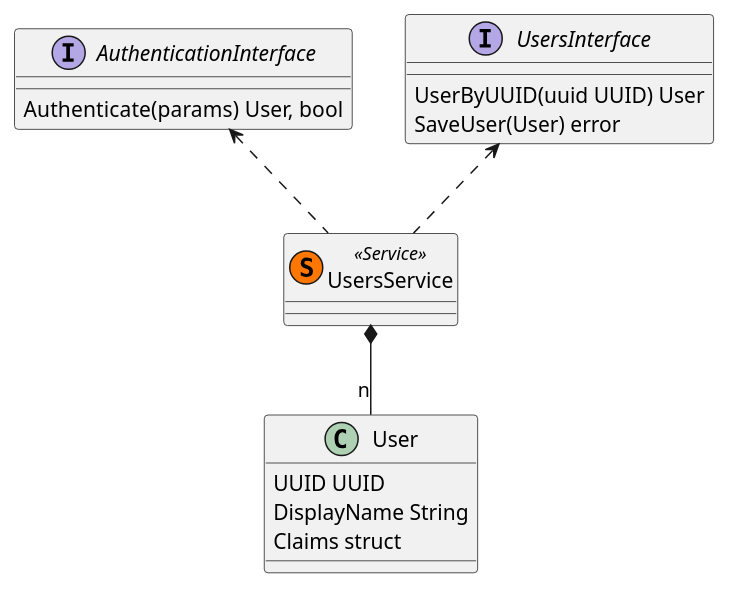
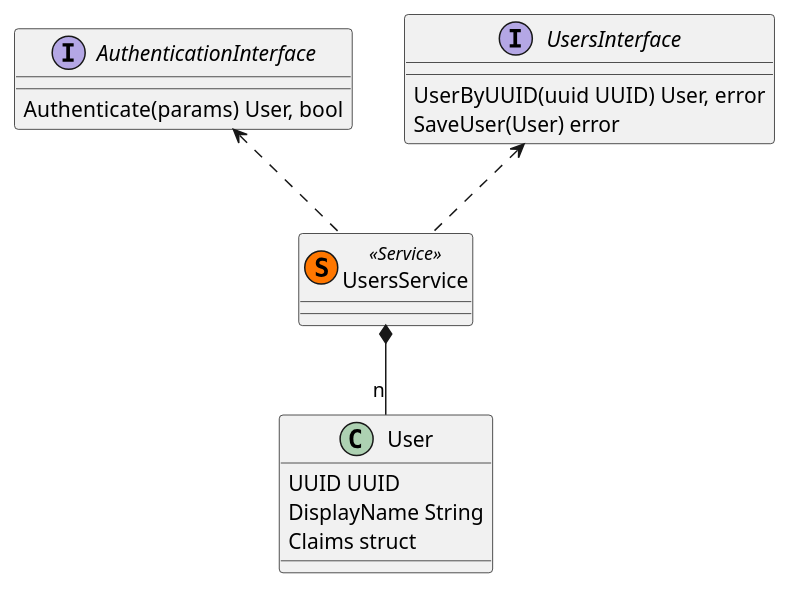
Before and after one commit to gnidan/foodtastechess-docs: the fourth of 9 diagrams in design/components.rst, drawn with PlantUML. The commit also changed other lines of this file, not shown here.

```diff
--- a/design/components.rst
+++ b/design/components.rst
@@ -155,23 +155,23 @@
 .. uml::
     interface UsersInterface {
-        UserByUUID(uuid UUID) User
+        UserByUUID(uuid UUID) User, error
         SaveUser(User) error
     }
 
     interface AuthenticationInterface {
         Authenticate(params) User, bool
     }
 
     class UsersService << (S,#FF7700) Service >>
 
     UsersService .up.> UsersInterface
     UsersService .up.> AuthenticationInterface
 
 
     class User {
         UUID UUID
         DisplayName String
         Claims struct
     }
 
     UsersService *-- "n" User
```
